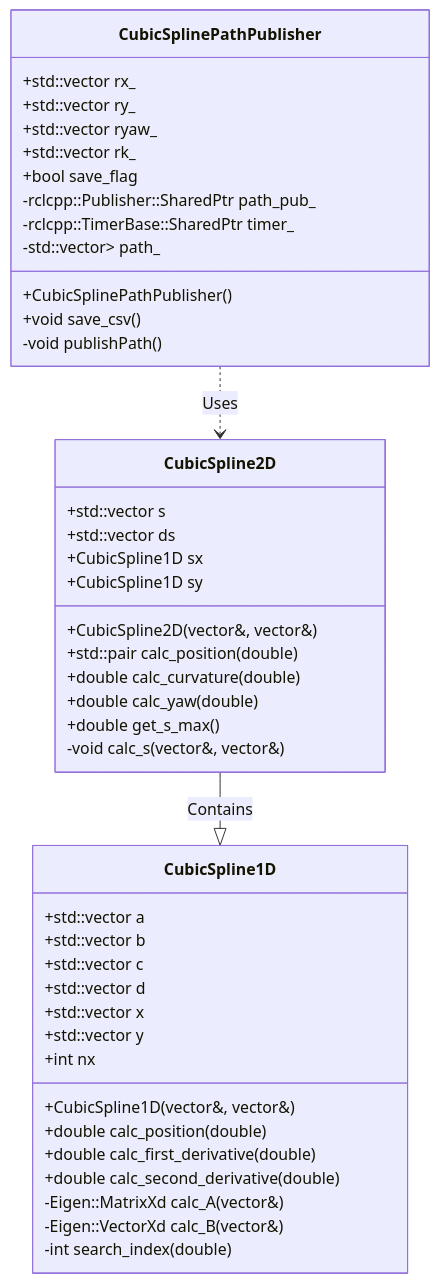
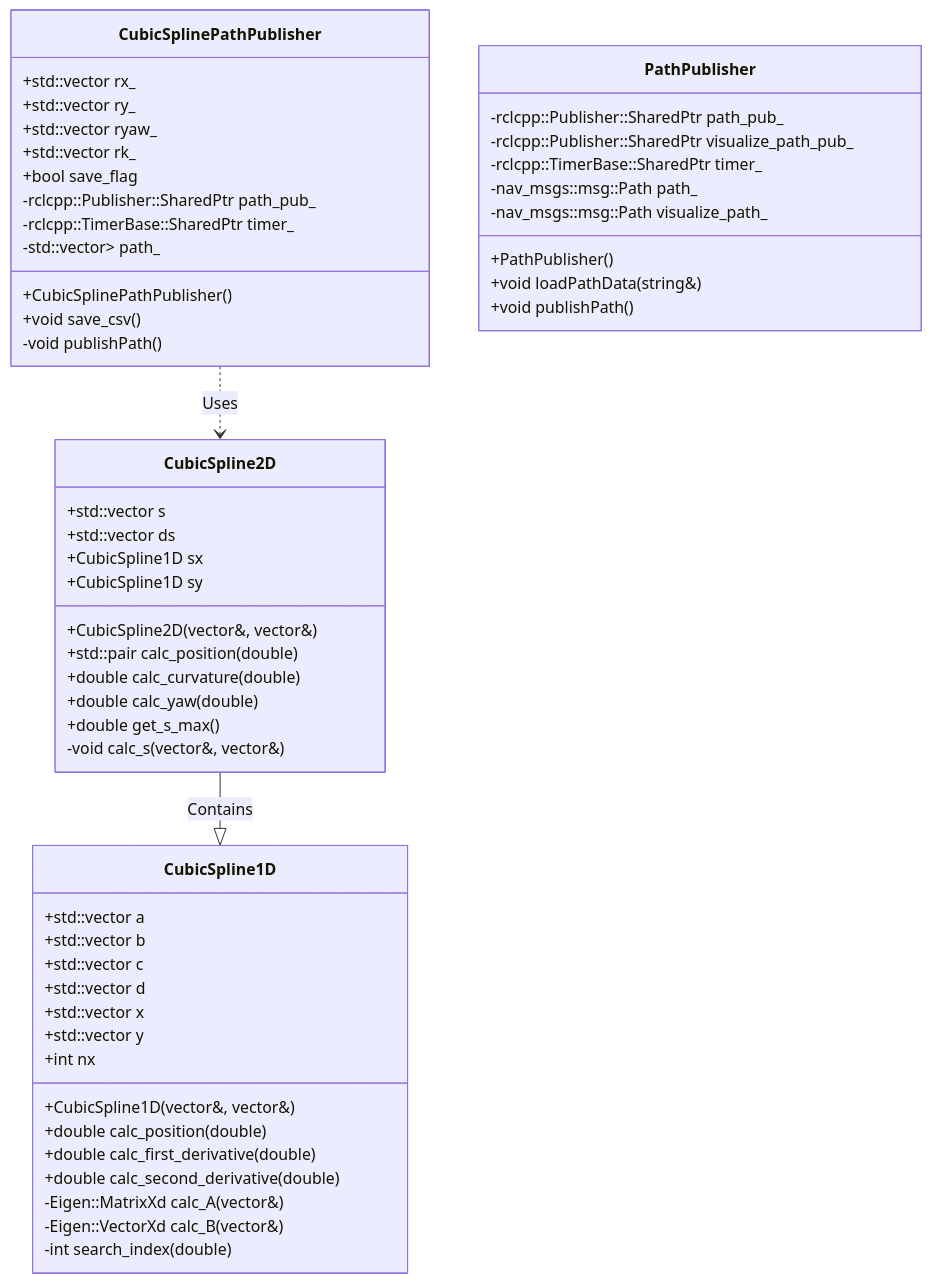
Before and after one commit to Arcanain/path_smoother: the first of 2 diagrams in README.md, drawn with Mermaid. The commit also changed other lines of this file, not shown here.

````diff
--- a/README.md
+++ b/README.md
@@ -114,49 +80,61 @@
 ```mermaid
 classDiagram
     class CubicSpline1D {
         +std::vector<double> a
         +std::vector<double> b
         +std::vector<double> c
         +std::vector<double> d
         +std::vector<double> x
         +std::vector<double> y
         +int nx
         +CubicSpline1D(vector<double>&, vector<double>&)
         +double calc_position(double)
         +double calc_first_derivative(double)
         +double calc_second_derivative(double)
         -Eigen::MatrixXd calc_A(vector<double>&)
         -Eigen::VectorXd calc_B(vector<double>&)
         -int search_index(double)
     }
 
     class CubicSpline2D {
         +CubicSpline2D(vector<double>&, vector<double>&)
         +std::pair<double, double> calc_position(double)
         +double calc_curvature(double)
         +double calc_yaw(double)
         +double get_s_max()
         +std::vector<double> s
         +std::vector<double> ds
         +CubicSpline1D sx
         +CubicSpline1D sy
         -void calc_s(vector<double>&, vector<double>&)
     }
     CubicSpline2D --|> CubicSpline1D: Contains
 
     class CubicSplinePathPublisher {
         +CubicSplinePathPublisher()
         +void save_csv()
         +std::vector<double> rx_
         +std::vector<double> ry_
         +std::vector<double> ryaw_
         +std::vector<double> rk_
         +bool save_flag
         -void publishPath()
         -rclcpp::Publisher<nav_msgs::msg::Path>::SharedPtr path_pub_
         -rclcpp::TimerBase::SharedPtr timer_
         -std::vector<std::vector<double>> path_
     }
 
     CubicSplinePathPublisher ..> CubicSpline2D: Uses
+
+    class PathPublisher {
+        +PathPublisher()
+        +void loadPathData(string&)
+        +void publishPath()
+        -rclcpp::Publisher<nav_msgs::msg::Path>::SharedPtr path_pub_
+        -rclcpp::Publisher<nav_msgs::msg::Path>::SharedPtr visualize_path_pub_
+        -rclcpp::TimerBase::SharedPtr timer_
+        -nav_msgs::msg::Path path_
+        -nav_msgs::msg::Path visualize_path_
+    }
+
 ```
````
